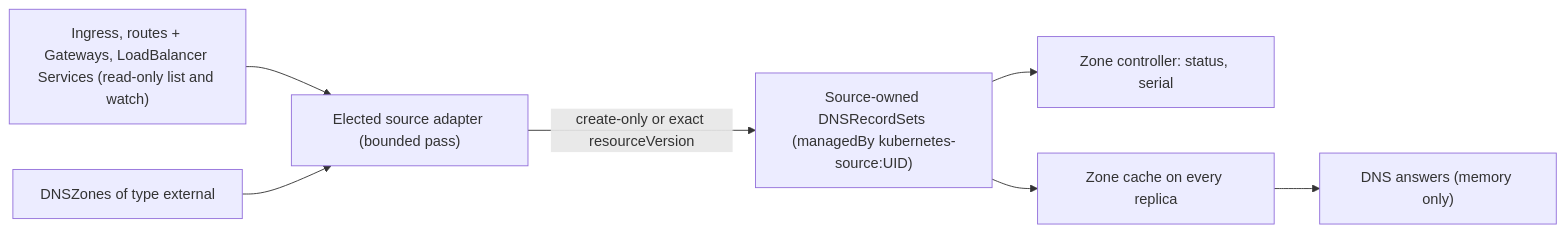
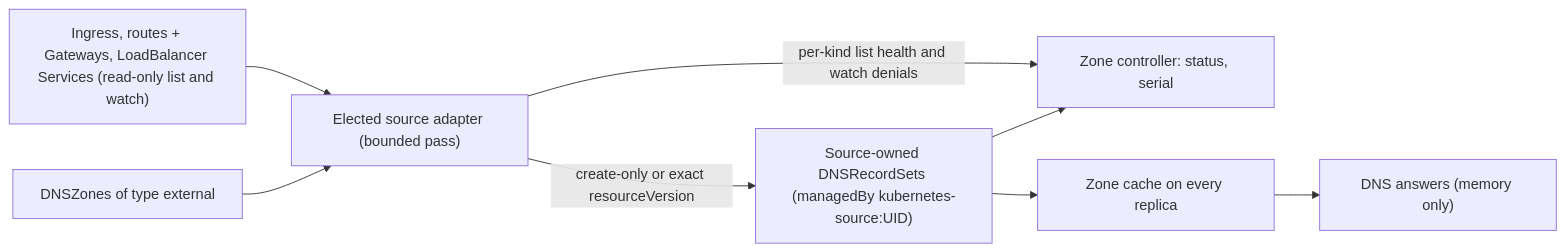
One commit to robertherbaugh/kudurru changed the third of 13 diagrams in docs/architecture/zones.md. Above: the diagram before and after it, drawn with Mermaid. The commit also changed other lines of this file and 15 other files, not shown here.

````diff
--- a/docs/architecture/zones.md
+++ b/docs/architecture/zones.md
@@ -386,9 +386,10 @@
 ```mermaid
 flowchart LR
     Sources["Ingress, routes + Gateways, LoadBalancer Services (read-only list and watch)"] --> Adapter["Elected source adapter (bounded pass)"]
     Zones["DNSZones of type external"] --> Adapter
+    Adapter -->|"per-kind list health and watch denials"| Controller
     Adapter -->|"create-only or exact resourceVersion"| Sets["Source-owned DNSRecordSets (managedBy kubernetes-source:UID)"]
     Sets --> Controller["Zone controller: status, serial"]
     Sets --> Cache["Zone cache on every replica"]
     Cache --> DNS["DNS answers (memory only)"]
 ```
````
